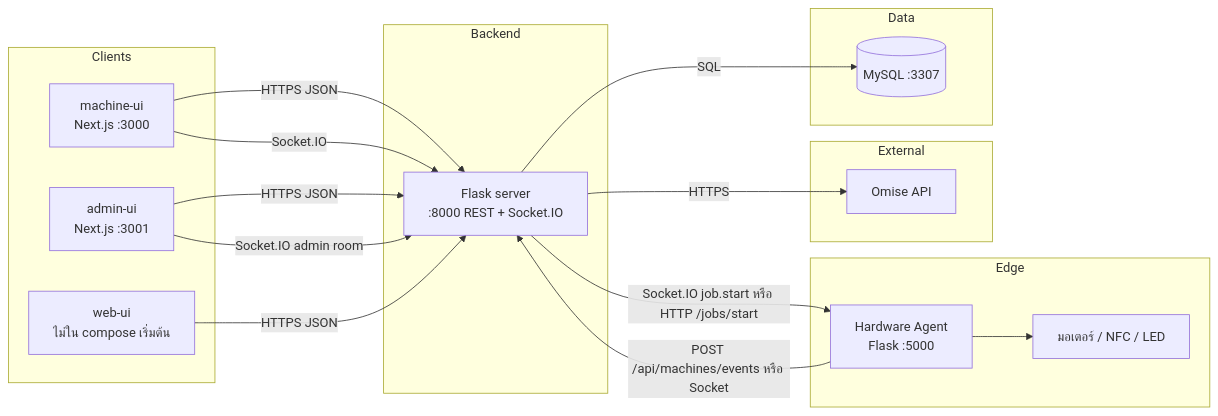
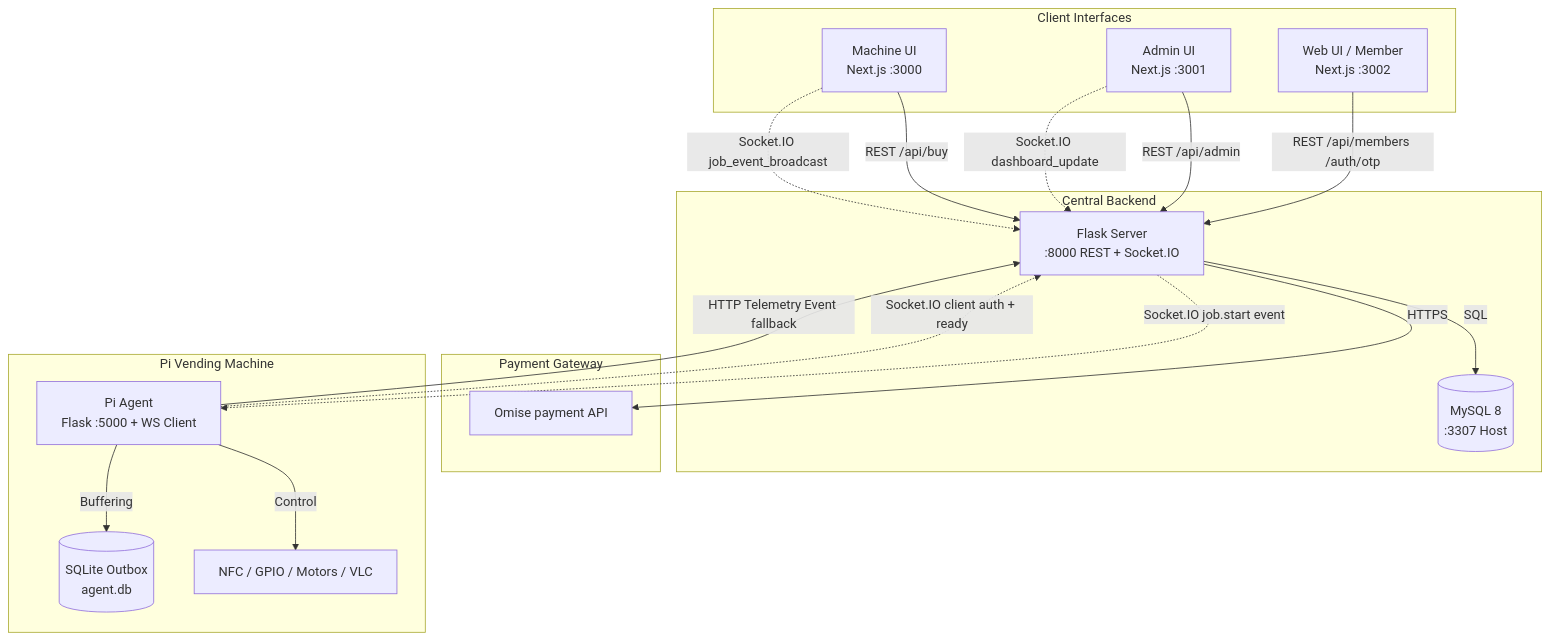
Before and after one commit to 01aptx01/Capstone-Project: the first of 6 diagrams in README2.md, drawn with Mermaid. The commit also changed other lines of this file and 2 other files, not shown here.

Commit message:
feat: implement admin authentication API endpoints and update member coupon reveal functionality in swagger documentation

````diff
--- a/README2.md
+++ b/README2.md
@@ -53,36 +44,42 @@
 ```mermaid
-flowchart LR
-    subgraph clients["Clients"]
-        MU[machine-ui\nNext.js :3000]
-        AU[admin-ui\nNext.js :3001]
-        WU[web-ui\nไม่ใน compose เริ่มต้น]
+flowchart TD
+    subgraph Client UIs [Client Interfaces]
+        M_UI[Machine UI\nNext.js :3000]
+        A_UI[Admin UI\nNext.js :3001]
+        W_UI[Web UI / Member\nNext.js :3002]
     end
 
-    subgraph backend["Backend"]
-        API[Flask server\n:8000 REST + Socket.IO]
+    subgraph Backend Services [Central Backend]
+        API[Flask Server\n:8000 REST + Socket.IO]
+        DB[(MySQL 8\n:3307 Host)]
     end
 
-    subgraph data["Data"]
-        DB[(MySQL :3307)]
+    subgraph External [Payment Gateway]
+        Omise[Omise payment API]
     end
 
-    subgraph external["External"]
-        OM[Omise API]
+    subgraph Hardware Edge [Pi Vending Machine]
+        Agent[Pi Agent\nFlask :5000 + WS Client]
+        HW[NFC / GPIO / Motors / VLC]
+        Lite[(SQLite Outbox\nagent.db)]
     end
 
-    subgraph edge["Edge"]
-        AG[Hardware Agent\nFlask :5000]
-        HW[มอเตอร์ / NFC / LED]
-    end
-
-    MU -->|HTTPS JSON| API
-    AU -->|HTTPS JSON| API
-    WU -->|HTTPS JSON| API
+    %% API Connections
+    M_UI -->|REST /api/buy| API
+    A_UI -->|REST /api/admin| API
+    W_UI -->|REST /api/members /auth/otp| API
+    
     API -->|SQL| DB
-    API -->|HTTPS| OM
-    API -->|Socket.IO job.start หรือ HTTP /jobs/start| AG
-    AG --> HW
-    AG -->|POST /api/machines/events หรือ Socket| API
-    MU -->|Socket.IO| API
-    AU -->|Socket.IO admin room| API
+    API -->|HTTPS| Omise
+    
+    %% Socket.IO Connections
+    M_UI -.->|Socket.IO job_event_broadcast| API
+    A_UI -.->|Socket.IO dashboard_update| API
+    Agent -.->|Socket.IO client auth + ready| API
+    API -.->|Socket.IO job.start event| Agent
+    
+    %% Hardware Interactions
+    Agent -->|Control| HW
+    Agent -->|Buffering| Lite
+    Agent -->|HTTP Telemetry Event fallback| API
 ```
````
